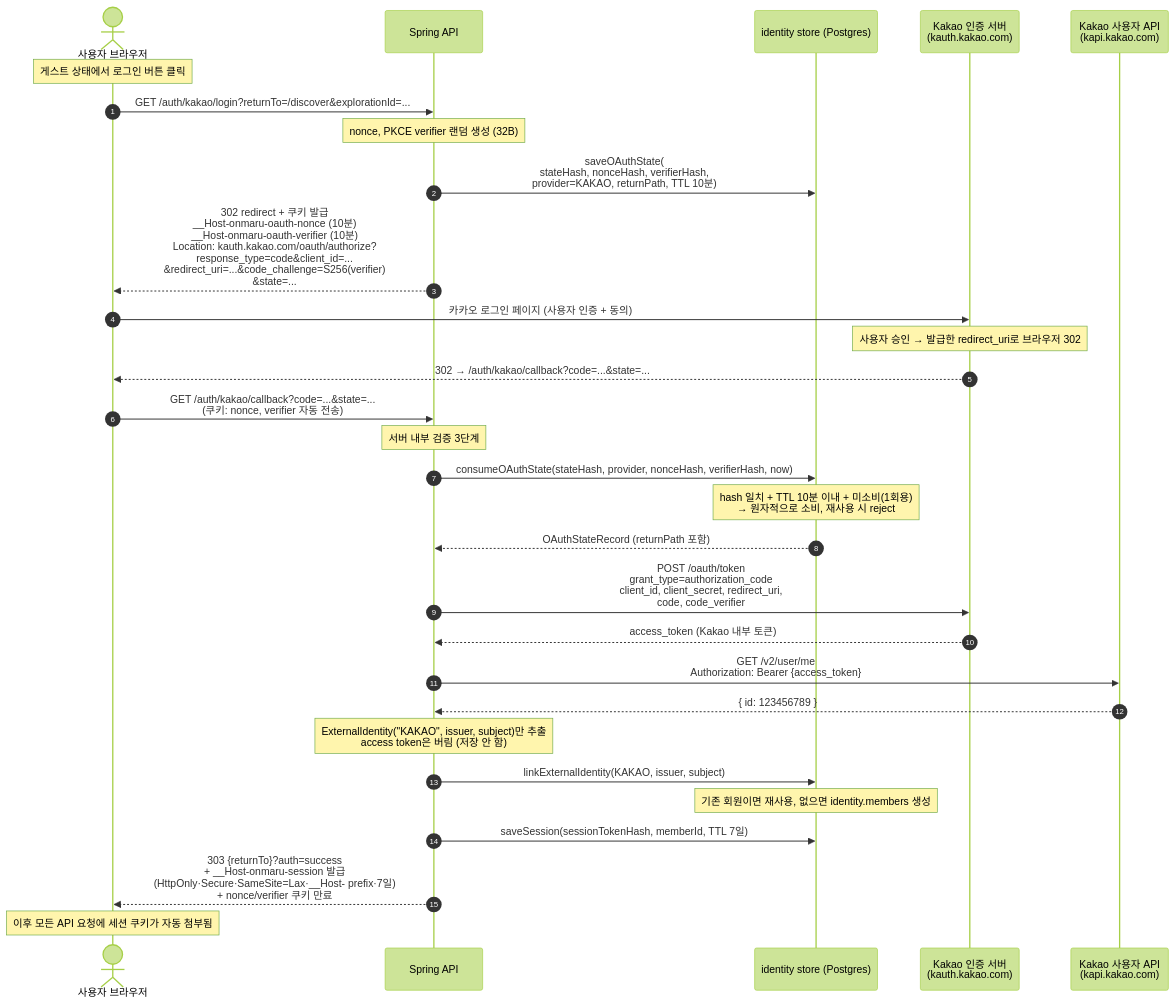
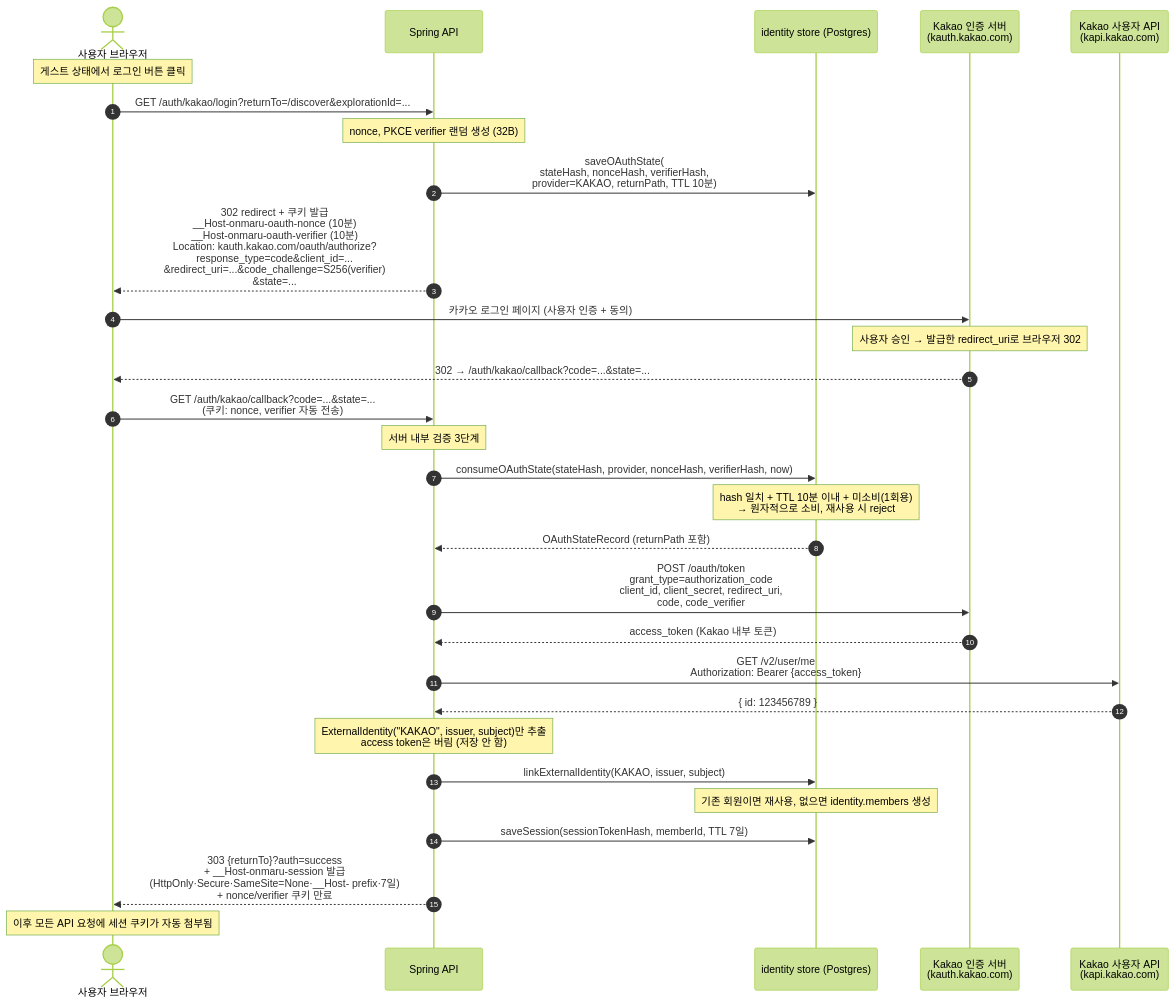
One commit to YRootLab/OnMaru-backend changed the second of 7 diagrams in docs/spring/kakao-oauth-flow.md. Above: the diagram before and after it, drawn with Mermaid (forest theme). The commit also changed 11 other files, not shown here.

Commit message:
fix(auth): 카카오 로그인 cross-site 쿠키 허용

````diff
--- a/docs/spring/kakao-oauth-flow.md
+++ b/docs/spring/kakao-oauth-flow.md
@@ -44,39 +44,39 @@
 ```mermaid
 sequenceDiagram
     autonumber
     actor U as 사용자 브라우저
     participant BE as Spring API
     participant DB as identity store (Postgres)
     participant KA as Kakao 인증 서버<br/>(kauth.kakao.com)
     participant KU as Kakao 사용자 API<br/>(kapi.kakao.com)
 
     Note over U: 게스트 상태에서 로그인 버튼 클릭
 
     U->>BE: GET /auth/kakao/login?returnTo=/discover&explorationId=...
     Note over BE: nonce, PKCE verifier 랜덤 생성 (32B)
     BE->>DB: saveOAuthState(<br/>stateHash, nonceHash, verifierHash,<br/>provider=KAKAO, returnPath, TTL 10분)
     BE-->>U: 302 redirect + 쿠키 발급<br/>__Host-onmaru-oauth-nonce (10분)<br/>__Host-onmaru-oauth-verifier (10분)<br/>Location: kauth.kakao.com/oauth/authorize?<br/>response_type=code&client_id=...<br/>&redirect_uri=...&code_challenge=S256(verifier)<br/>&state=...
 
     U->>KA: 카카오 로그인 페이지 (사용자 인증 + 동의)
     Note over KA: 사용자 승인 → 발급한 redirect_uri로 브라우저 302
     KA-->>U: 302 → /auth/kakao/callback?code=...&state=...
     U->>BE: GET /auth/kakao/callback?code=...&state=...<br/>(쿠키: nonce, verifier 자동 전송)
 
     Note over BE: 서버 내부 검증 3단계
     BE->>DB: consumeOAuthState(stateHash, provider, nonceHash, verifierHash, now)
     Note over DB: hash 일치 + TTL 10분 이내 + 미소비(1회용)<br/>→ 원자적으로 소비, 재사용 시 reject
     DB-->>BE: OAuthStateRecord (returnPath 포함)
 
     BE->>KA: POST /oauth/token<br/>grant_type=authorization_code<br/>client_id, client_secret, redirect_uri,<br/>code, code_verifier
     KA-->>BE: access_token (Kakao 내부 토큰)
     BE->>KU: GET /v2/user/me<br/>Authorization: Bearer {access_token}
     KU-->>BE: { id: 123456789 }
     Note over BE: ExternalIdentity("KAKAO", issuer, subject)만 추출<br/>access token은 버림 (저장 안 함)
 
     BE->>DB: linkExternalIdentity(KAKAO, issuer, subject)
     Note over DB: 기존 회원이면 재사용, 없으면 identity.members 생성
     BE->>DB: saveSession(sessionTokenHash, memberId, TTL 7일)
-    BE-->>U: 303 {returnTo}?auth=success<br/>+ __Host-onmaru-session 발급<br/>(HttpOnly·Secure·SameSite=Lax·__Host- prefix·7일)<br/>+ nonce/verifier 쿠키 만료
+    BE-->>U: 303 {returnTo}?auth=success<br/>+ __Host-onmaru-session 발급<br/>(HttpOnly·Secure·SameSite=None·__Host- prefix·7일)<br/>+ nonce/verifier 쿠키 만료
 
     Note over U: 이후 모든 API 요청에 세션 쿠키가 자동 첨부됨
 ```
````
